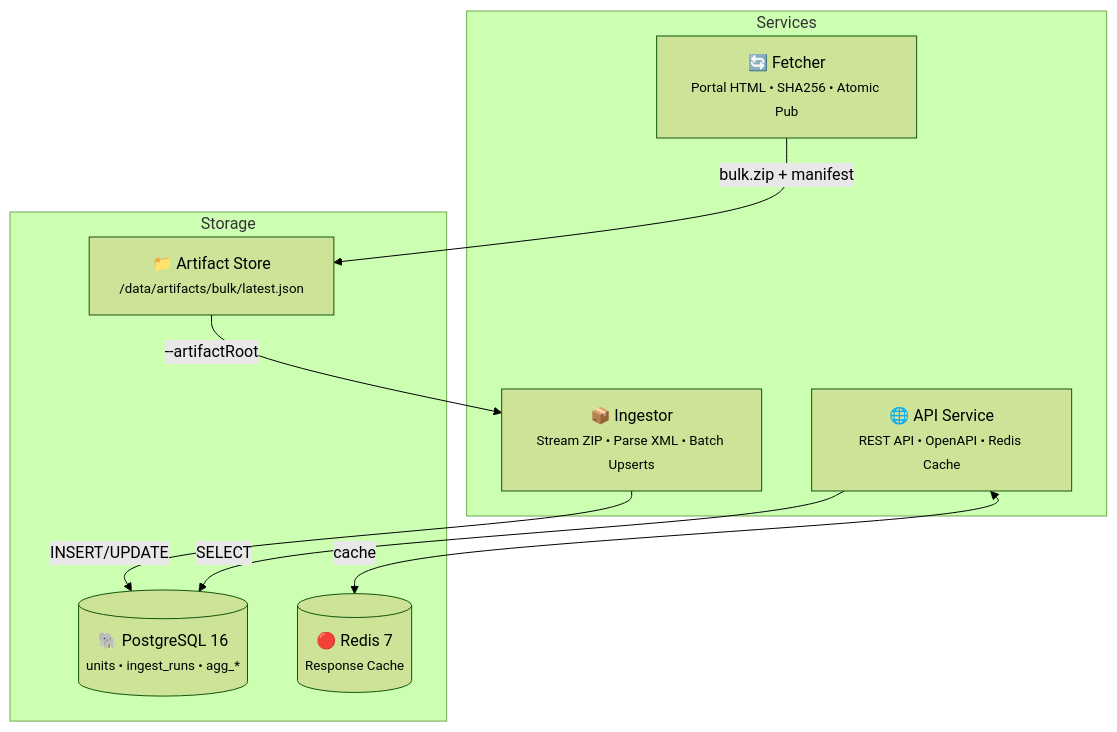
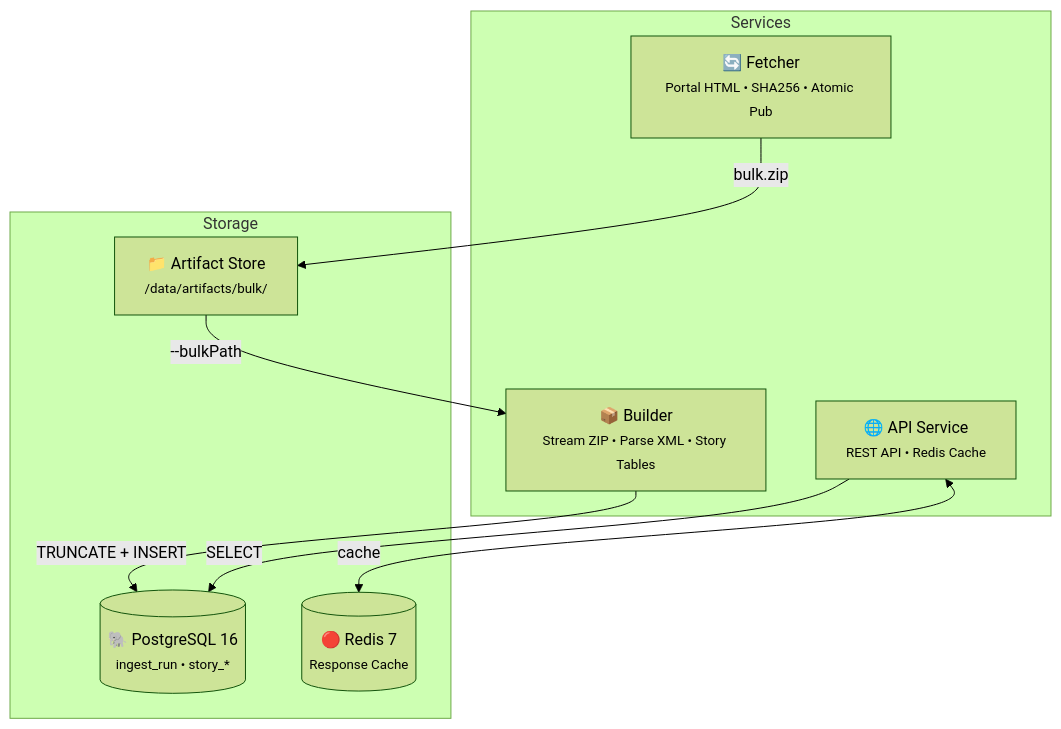
The diagram in README.md (zavalit/mastRpiece), drawn with Mermaid (forest theme) before and after one commit. The commit also changed other lines of this file and 46 other files, not shown here.

````diff
--- a/README.md
+++ b/README.md
@@ -7,20 +18,20 @@
 ```mermaid
 flowchart TB
     subgraph Services
         F["🔄 Fetcher<br/><small>Portal HTML • SHA256 • Atomic Pub</small>"]
-        I["📦 Ingestor<br/><small>Stream ZIP • Parse XML • Batch Upserts</small>"]
-        A["🌐 API Service<br/><small>REST API • OpenAPI • Redis Cache</small>"]
+        B["📦 Builder<br/><small>Stream ZIP • Parse XML • Story Tables</small>"]
+        A["🌐 API Service<br/><small>REST API • Redis Cache</small>"]
     end
 
     subgraph Storage
-        AS["📁 Artifact Store<br/><small>/data/artifacts/bulk/latest.json</small>"]
-        PG[("🐘 PostgreSQL 16<br/><small>units • ingest_runs • agg_*</small>")]
+        AS["📁 Artifact Store<br/><small>/data/artifacts/bulk/</small>"]
+        PG[("🐘 PostgreSQL 16<br/><small>ingest_run • story_*</small>")]
         RD[("🔴 Redis 7<br/><small>Response Cache</small>")]
     end
 
-    F -->|"bulk.zip + manifest"| AS
-    AS -->|"--artifactRoot"| I
-    I -->|"INSERT/UPDATE"| PG
+    F -->|"bulk.zip"| AS
+    AS -->|"--bulkPath"| B
+    B -->|"TRUNCATE + INSERT"| PG
     A -->|"SELECT"| PG
     A <-->|"cache"| RD
 ```
````
